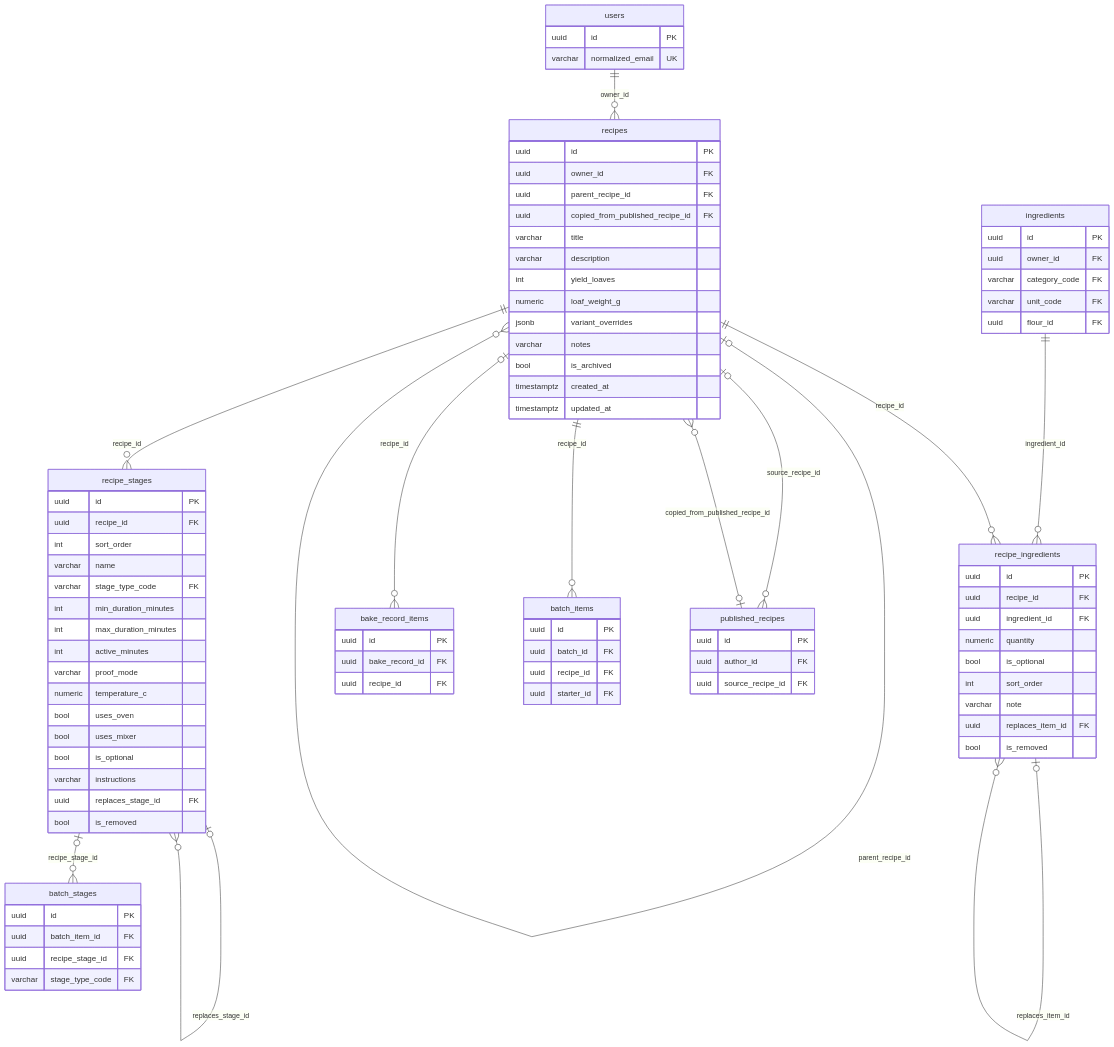
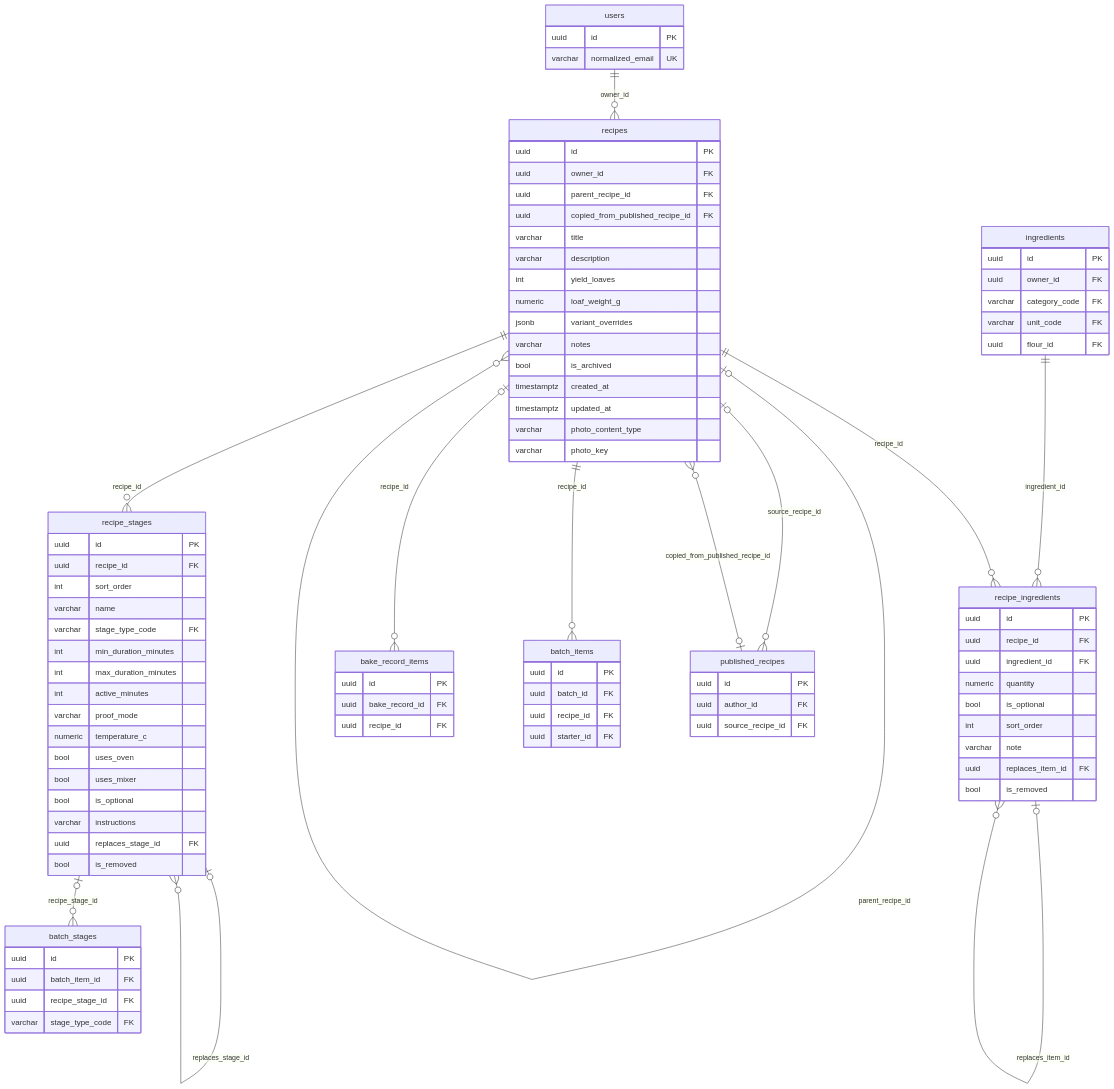
One commit to fedokgeniy/OneLoaf-BackEnd changed the third of 8 diagrams in docs/db/logical-schema.md. Above: the diagram before and after it, drawn with Mermaid. The commit also changed other lines of this file and 124 other files, not shown here.

```diff
--- a/docs/db/logical-schema.md
+++ b/docs/db/logical-schema.md
@@ -220,6 +225,8 @@
         bool is_archived
         timestamptz created_at
         timestamptz updated_at
+        varchar photo_content_type
+        varchar photo_key
     }
     bake_record_items {
         uuid id PK
```
